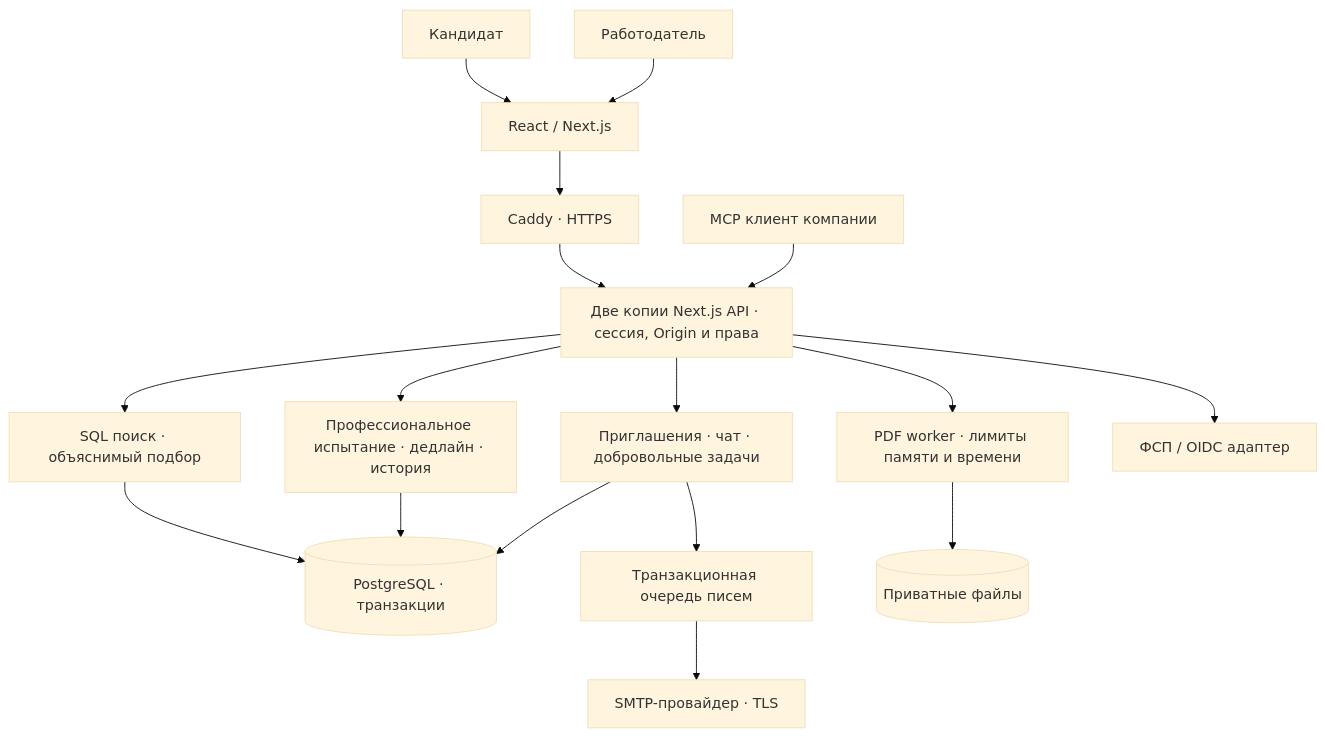
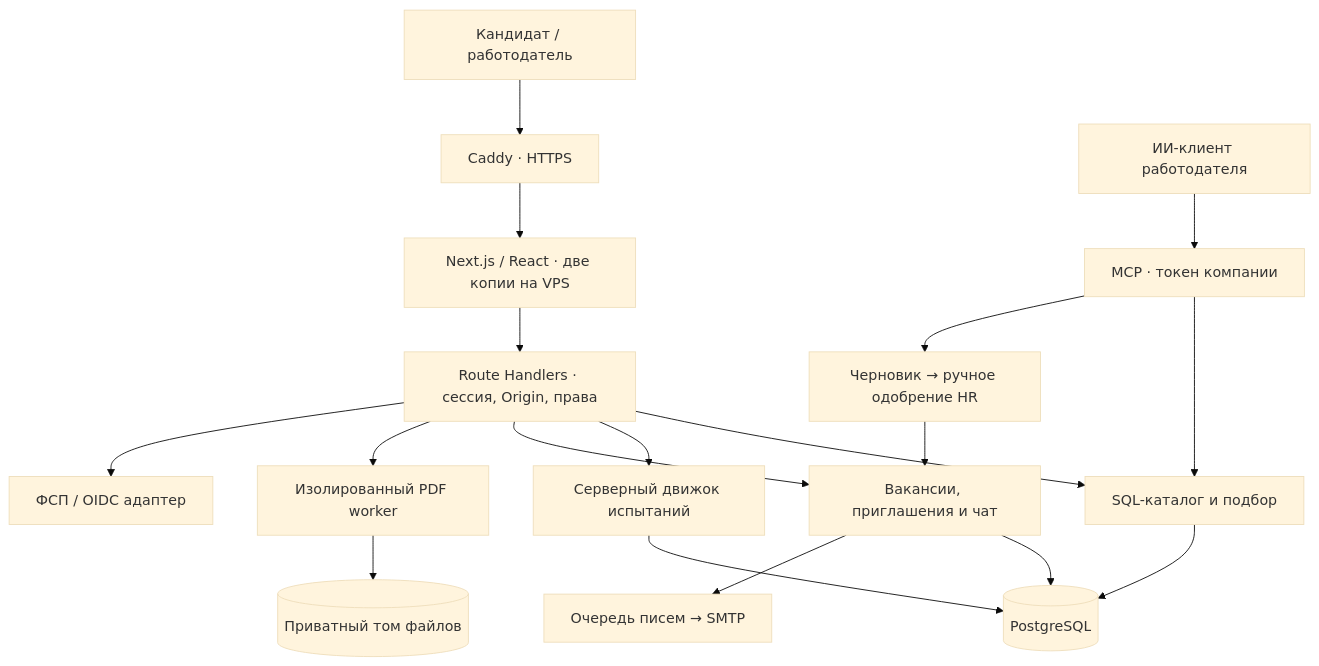
The first of 2 diagrams in README.md (Yujir0k/Offerly), drawn with Mermaid (base theme) before and after one commit. The commit also changed other lines of this file and 31 other files, not shown here.

````diff
--- a/README.md
+++ b/README.md
@@ -60,19 +345,20 @@
 ```mermaid
 flowchart TB
-    Candidate[Кандидат] --> Web[React / Next.js]
-    Employer[Работодатель] --> Web
-    Web --> TLS[Caddy · HTTPS]
-    TLS --> API[Две копии Next.js API · сессия, Origin и права]
-    API --> Match[SQL поиск · объяснимый подбор]
-    API --> Test[Профессиональное испытание · дедлайн · история]
-    API --> Chat[Приглашения · чат · добровольные задачи]
-    API --> PDF[PDF worker · лимиты памяти и времени]
-    Match --> DB[(PostgreSQL · транзакции)]
-    Test --> DB
-    Chat --> DB
-    PDF --> Files[(Приватные файлы)]
-    Chat --> Queue[Транзакционная очередь писем]
-    Queue --> Mail[SMTP-провайдер · TLS]
-    API --> Identity[ФСП / OIDC адаптер]
-    MCP[MCP клиент компании] --> API
+    User["Кандидат / работодатель"] --> Edge["Caddy · HTTPS"]
+    Edge --> App["Next.js / React · две копии на VPS"]
+    App --> API["Route Handlers · сессия, Origin, права"]
+    API --> Match["SQL-каталог и подбор"]
+    API --> Assessment["Серверный движок испытаний"]
+    API --> Hiring["Вакансии, приглашения и чат"]
+    API --> PDF["Изолированный PDF worker"]
+    Match --> DB[("PostgreSQL")]
+    Assessment --> DB
+    Hiring --> DB
+    PDF --> Files[("Приватный том файлов")]
+    Hiring --> Mail["Очередь писем → SMTP"]
+    API --> FSP["ФСП / OIDC адаптер"]
+    Agent["ИИ-клиент работодателя"] --> MCP["MCP · токен компании"]
+    MCP --> Match
+    MCP --> Draft["Черновик → ручное одобрение HR"]
+    Draft --> Hiring
 ```
````
